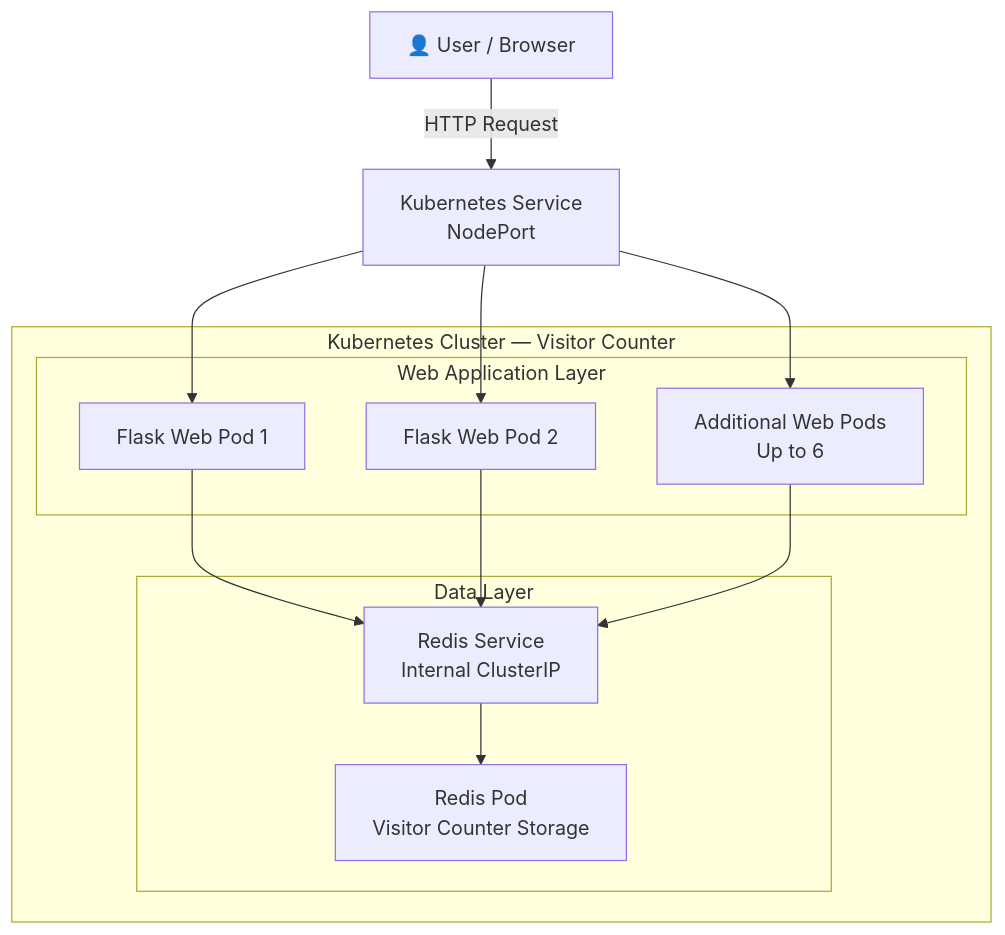
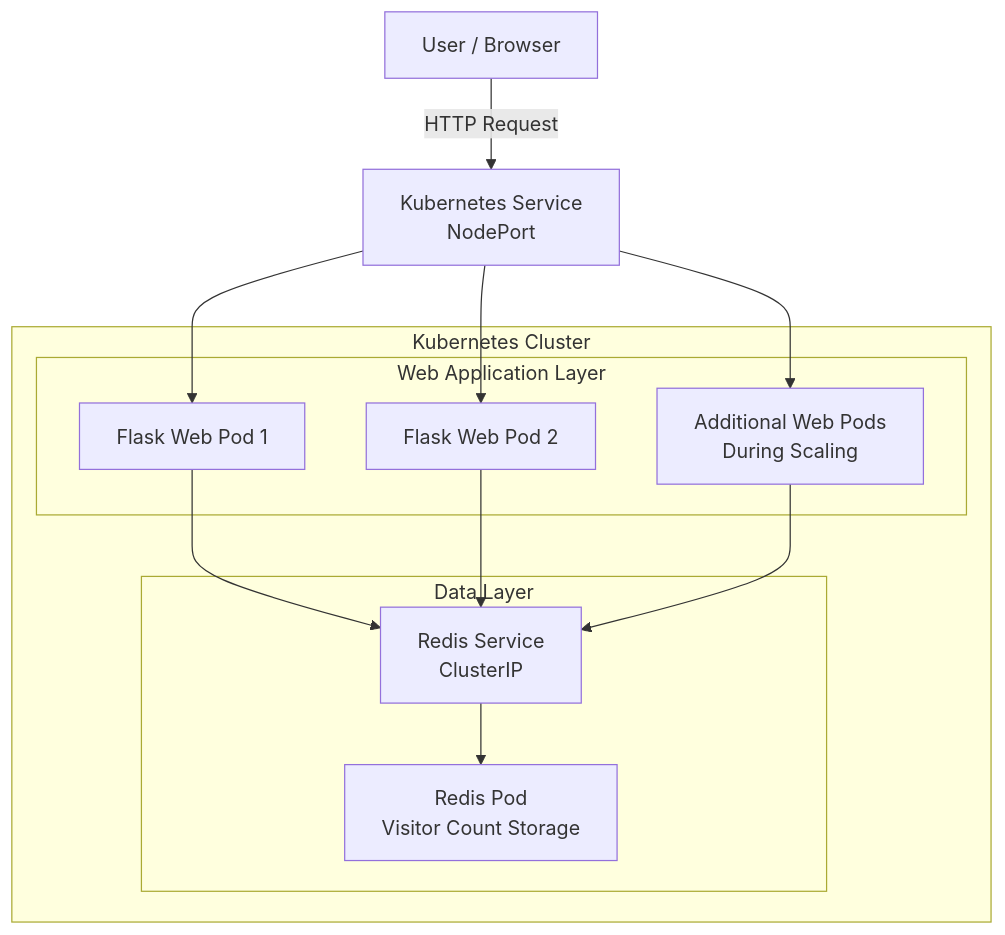
Before and after one commit to Ahsan-Ahmad-Khan/visitor-counter-cloud: the first of 2 diagrams in README.md, drawn with Mermaid. The commit also changed other lines of this file, not shown here.

````diff
--- a/README.md
+++ b/README.md
@@ -27,28 +39,28 @@
 ```mermaid
 flowchart TD
-    U["👤 User / Browser"]
+    U["User / Browser"]
     S["Kubernetes Service<br/>NodePort"]
-    
-    subgraph K["Kubernetes Cluster — Visitor Counter"]
+
+    subgraph K["Kubernetes Cluster"]
         subgraph W["Web Application Layer"]
             W1["Flask Web Pod 1"]
             W2["Flask Web Pod 2"]
-            WN["Additional Web Pods<br/>Up to 6"]
+            W3["Additional Web Pods<br/>During Scaling"]
         end
 
         subgraph D["Data Layer"]
-            RS["Redis Service<br/>Internal ClusterIP"]
-            R["Redis Pod<br/>Visitor Counter Storage"]
+            RS["Redis Service<br/>ClusterIP"]
+            R["Redis Pod<br/>Visitor Count Storage"]
             RS --> R
         end
 
         W1 --> RS
         W2 --> RS
-        WN --> RS
+        W3 --> RS
     end
 
     U -->|"HTTP Request"| S
     S --> W1
     S --> W2
-    S --> WN
+    S --> W3
 ```
````
